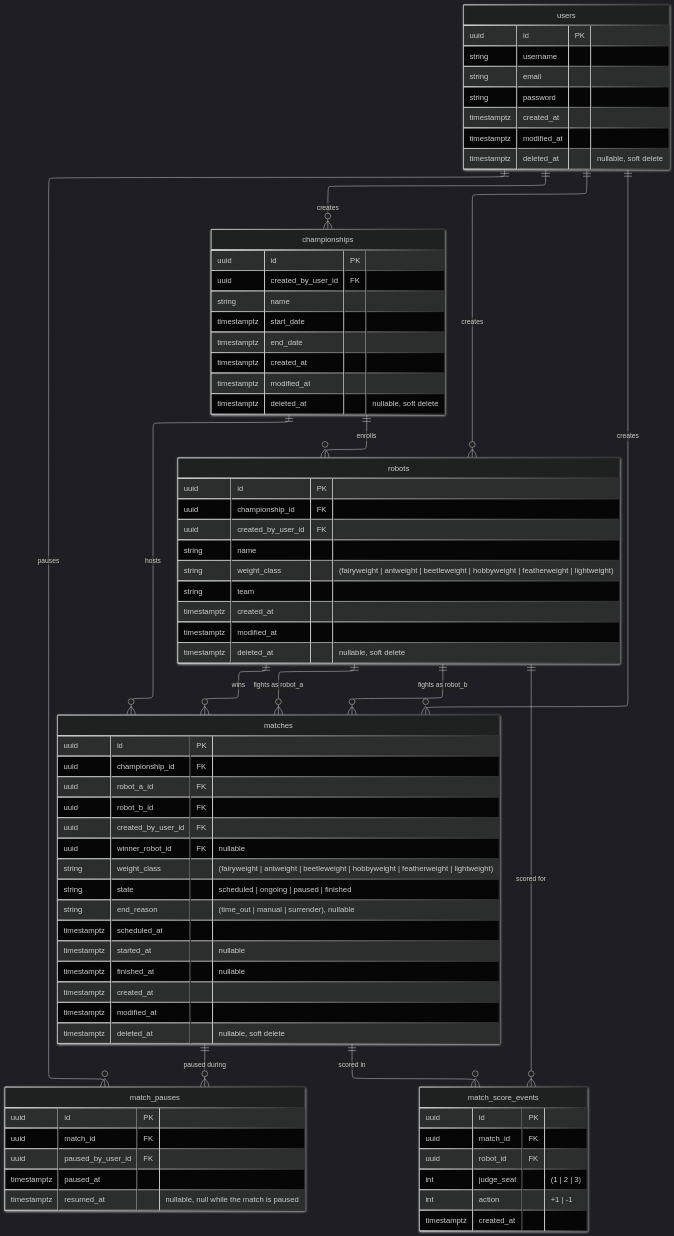
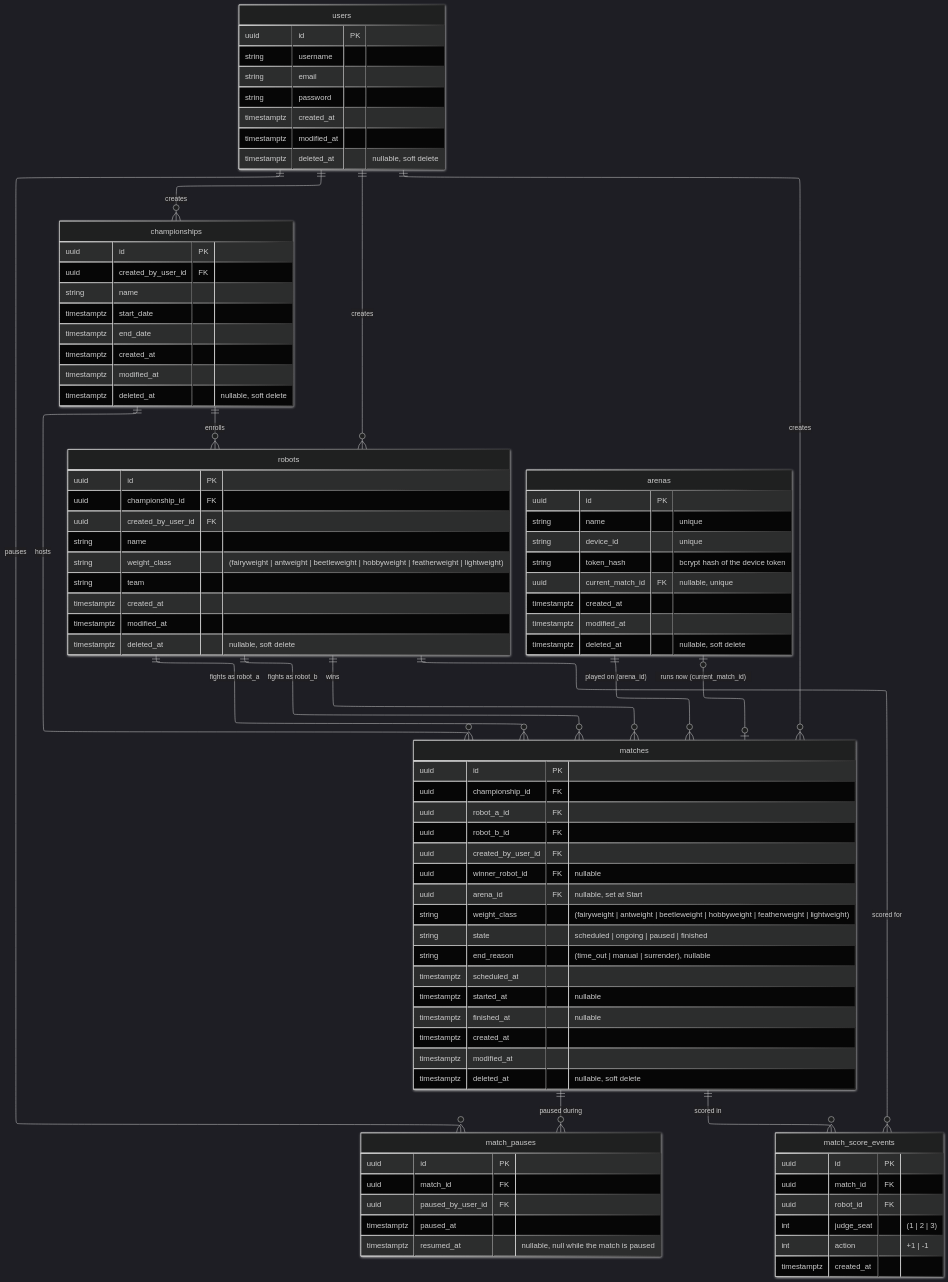
Before and after one commit to UTFPR-Oficinas-2/crossliseu: the diagram in docs/database-model.md, drawn with Mermaid (dark theme). The commit also changed other lines of this file and 3 other files, not shown here.

Commit message:
docs: document arenas, the arena seed and the new routes

```diff
--- a/docs/database-model.md
+++ b/docs/database-model.md
@@ -30,6 +37,8 @@
   matches ||--o{ match_score_events : "scored in"
   robots  ||--o{ match_score_events : "scored for"
   robots ||--o{ matches : "wins"
+  arenas |o--o| matches : "runs now (current_match_id)"
+  arenas ||--o{ matches : "played on (arena_id)"
 
   users {
     uuid id PK
@@ -68,12 +77,23 @@
     uuid robot_b_id FK
     uuid created_by_user_id FK
     uuid winner_robot_id FK "nullable"
+    uuid arena_id FK "nullable, set at Start"
     string weight_class "(fairyweight | antweight | beetleweight | hobbyweight | featherweight | lightweight)"
     string state "scheduled | ongoing | paused | finished"
     string end_reason "(time_out | manual | surrender), nullable"
     timestamptz scheduled_at
     timestamptz started_at "nullable"
     timestamptz finished_at "nullable"
+    timestamptz created_at
+    timestamptz modified_at
+    timestamptz deleted_at "nullable, soft delete"
+  }
+  arenas {
+    uuid id PK
+    string name "unique"
+    string device_id "unique"
+    string token_hash "bcrypt hash of the device token"
+    uuid current_match_id FK "nullable, unique"
     timestamptz created_at
     timestamptz modified_at
     timestamptz deleted_at "nullable, soft delete"
```
